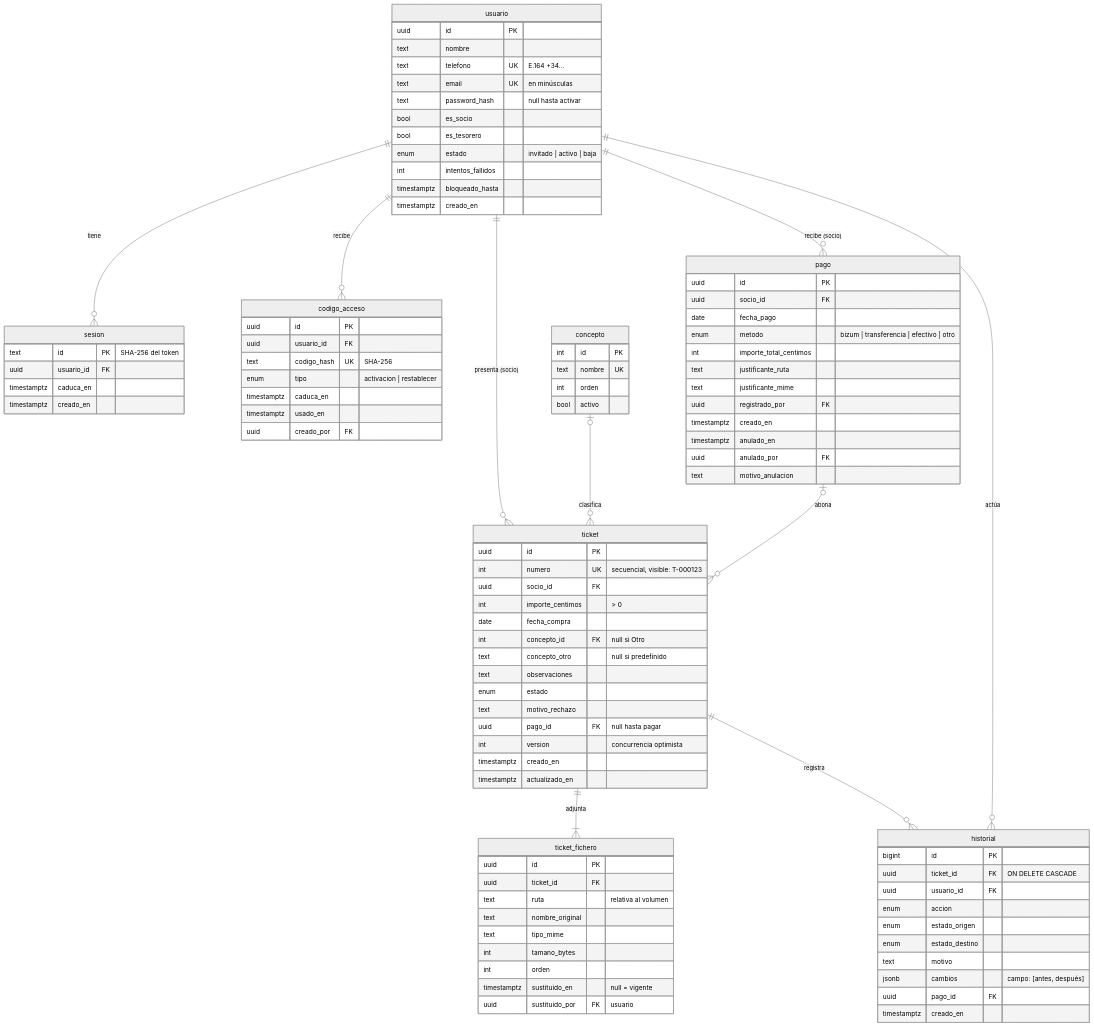
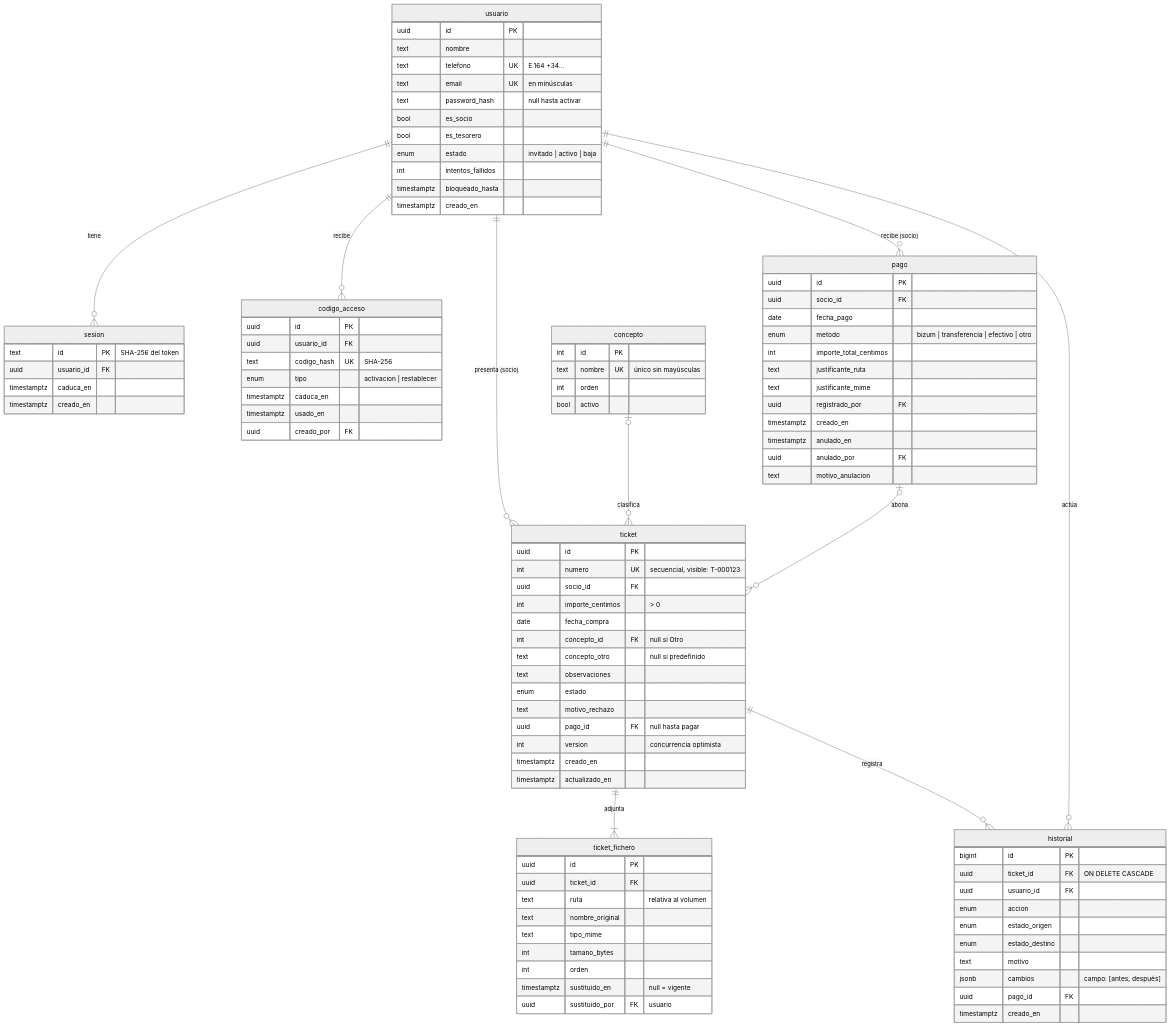
Before and after one commit to LuisLozano/eql4e-tickets: the diagram in docs/arquitectura/02-modelo-datos.md, drawn with Mermaid (neutral theme). The commit also changed other lines of this file and 17 other files, not shown here.

```diff
--- a/docs/arquitectura/02-modelo-datos.md
+++ b/docs/arquitectura/02-modelo-datos.md
@@ -46,7 +46,7 @@
     }
     concepto {
         int id PK
-        text nombre UK
+        text nombre UK "único sin mayúsculas"
         int orden
         bool activo
     }
```
